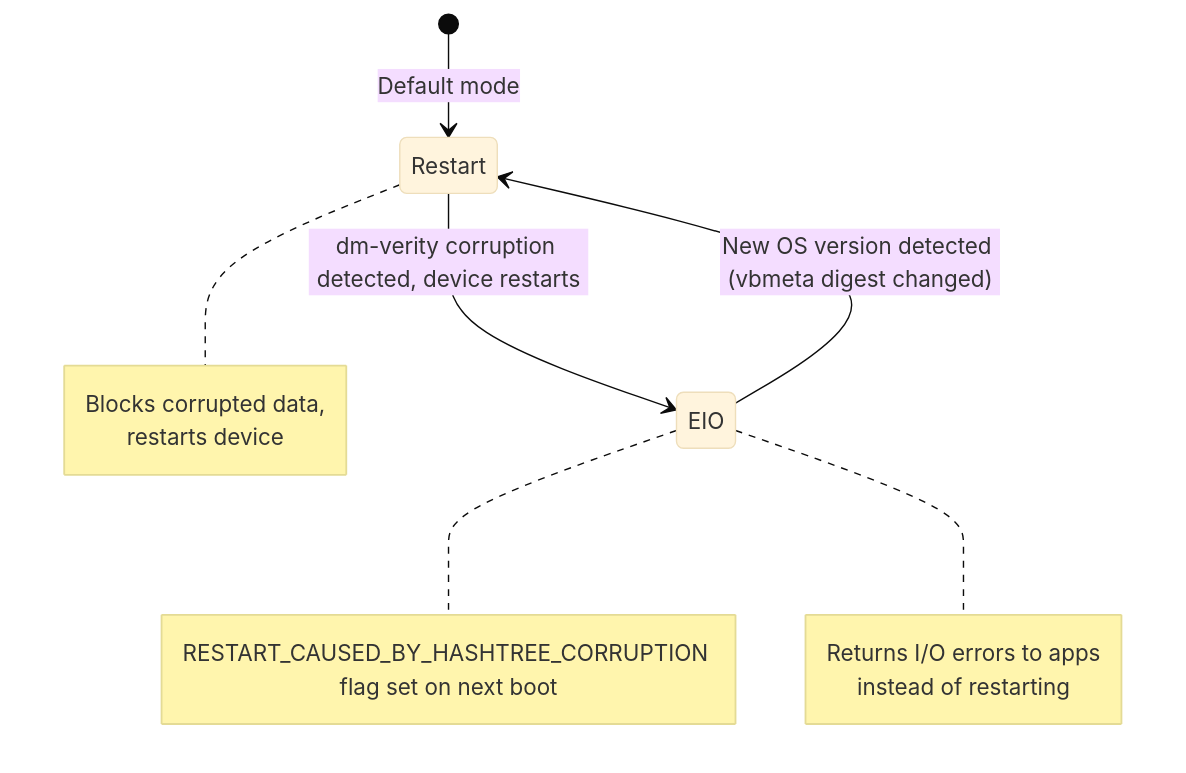
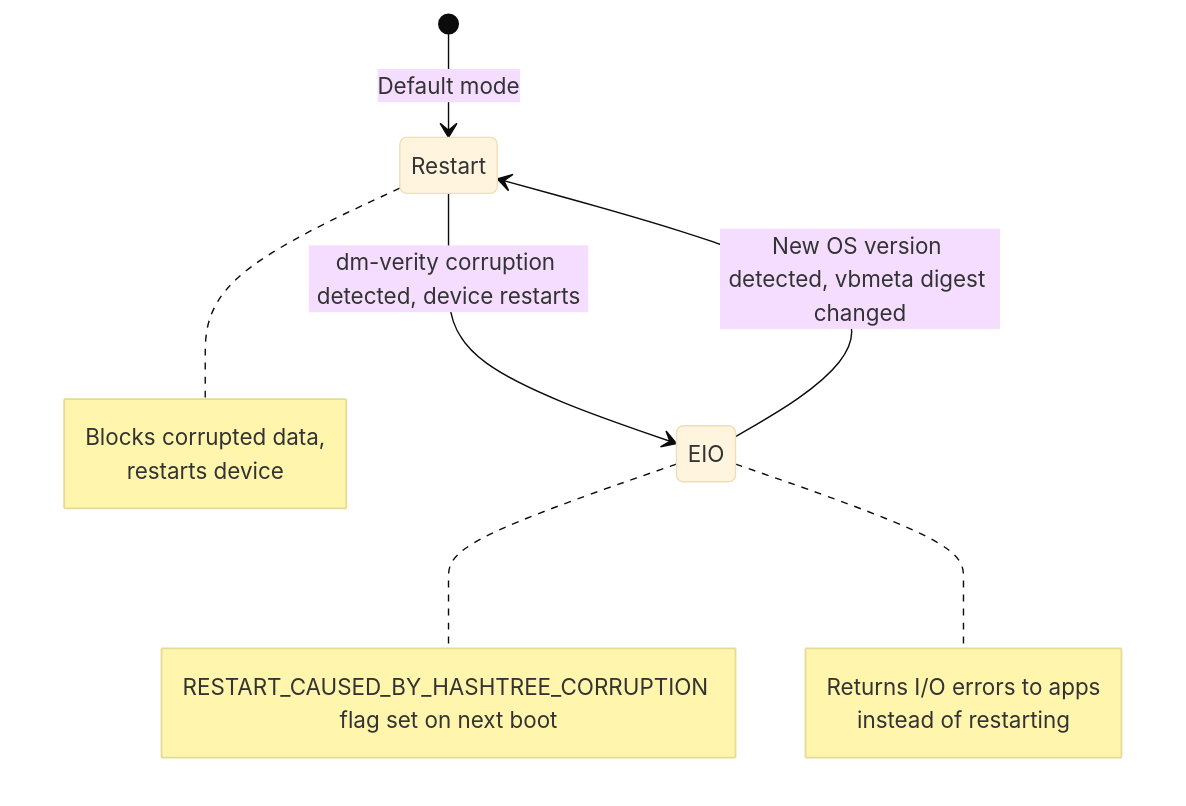
One commit to fwrite0920/aosp-internal-book changed the eighth of 30 diagrams in 40-security.md. Above: the diagram before and after it, drawn with Mermaid (base theme). The commit also changed other lines of this file and 21 other files, not shown here.

First line of the commit message:
Fix Mermaid diagrams and formatting in Parts IX-XV and Appendix A (chapters 40-63)

````diff
--- a/40-security.md
+++ b/40-security.md
@@ -1283,17 +1283,17 @@
 ```mermaid
 stateDiagram-v2
     [*] --> Restart: Default mode
     Restart --> EIO: dm-verity corruption detected, device restarts
     note right of EIO: RESTART_CAUSED_BY_HASHTREE_CORRUPTION flag set on next boot
-    EIO --> Restart: New OS version detected (vbmeta digest changed)
+    EIO --> Restart: New OS version detected, vbmeta digest changed
 
     note right of Restart
         Blocks corrupted data,
         restarts device
     end note
 
     note right of EIO
         Returns I/O errors to apps
         instead of restarting
     end note
 ```
````
